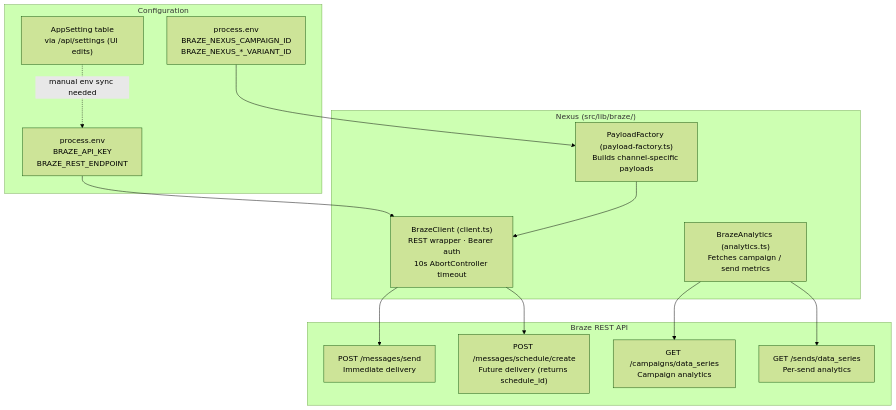
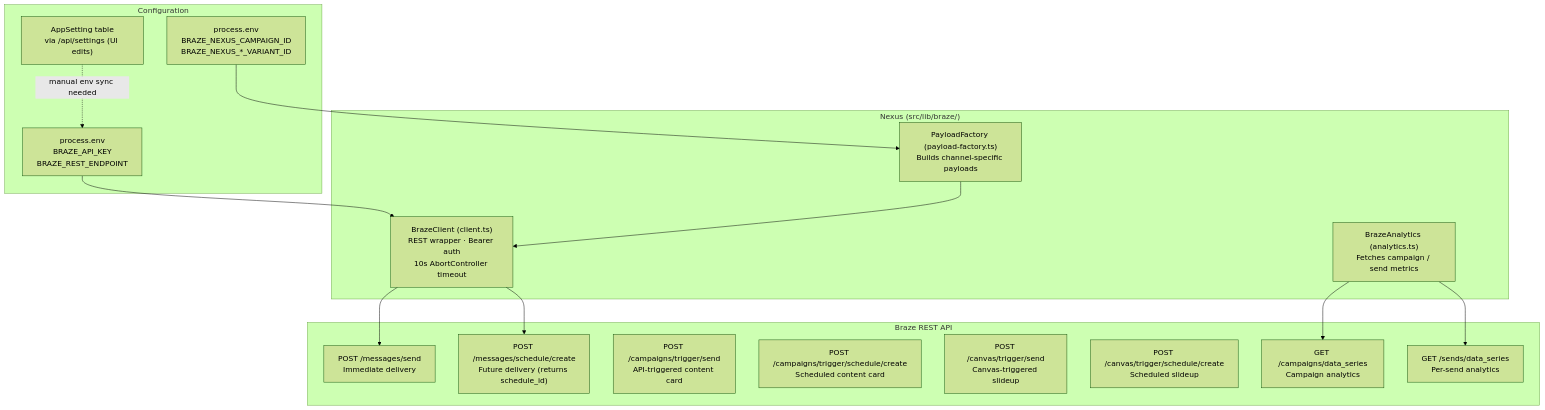
Before and after one commit to ender1311/nexusAi: the first of 3 diagrams in docs/braze-integration.md, drawn with Mermaid (forest theme). The commit also changed other lines of this file and 5 other files, not shown here.

First line of the commit message:
fix(cron): 5 content-card + slideup send bugs — grouping key, campaign ID fallback, scheduled endpoint threshold, sendImmediately routing, missing title guard

````diff
--- a/docs/braze-integration.md
+++ b/docs/braze-integration.md
@@ -7,30 +7,34 @@
 ```mermaid
 graph TB
     subgraph NEXUS["Nexus (src/lib/braze/)"]
         BC["BrazeClient (client.ts)<br/>REST wrapper · Bearer auth<br/>10s AbortController timeout"]
         PF["PayloadFactory (payload-factory.ts)<br/>Builds channel-specific payloads"]
         BA["BrazeAnalytics (analytics.ts)<br/>Fetches campaign / send metrics"]
     end
 
     subgraph CONFIG["Configuration"]
         ENV["process.env<br/>BRAZE_API_KEY<br/>BRAZE_REST_ENDPOINT"]
         APPSET["AppSetting table<br/>via /api/settings (UI edits)"]
         ENVIDS["process.env<br/>BRAZE_NEXUS_CAMPAIGN_ID<br/>BRAZE_NEXUS_*_VARIANT_ID"]
     end
 
     subgraph BRAZE_API["Braze REST API"]
         SEND["POST /messages/send<br/>Immediate delivery"]
         SCHED["POST /messages/schedule/create<br/>Future delivery (returns schedule_id)"]
+        CC_SEND["POST /campaigns/trigger/send<br/>API-triggered content card"]
+        CC_SCHED["POST /campaigns/trigger/schedule/create<br/>Scheduled content card"]
+        CANVAS_SEND["POST /canvas/trigger/send<br/>Canvas-triggered slideup"]
+        CANVAS_SCHED["POST /canvas/trigger/schedule/create<br/>Scheduled slideup"]
         CAMP["GET /campaigns/data_series<br/>Campaign analytics"]
         SENDS["GET /sends/data_series<br/>Per-send analytics"]
     end
 
     ENV --> BC
     APPSET -.->|"manual env sync needed"| ENV
     ENVIDS --> PF
     BC --> SEND
     BC --> SCHED
     BA --> CAMP
     BA --> SENDS
     PF --> BC
 ```
````
